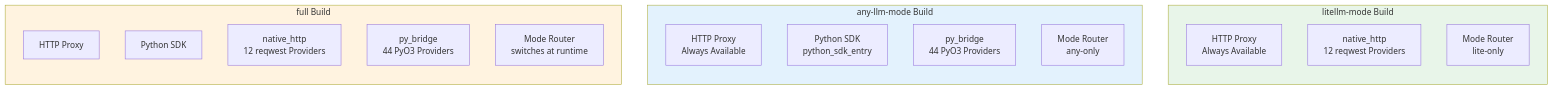
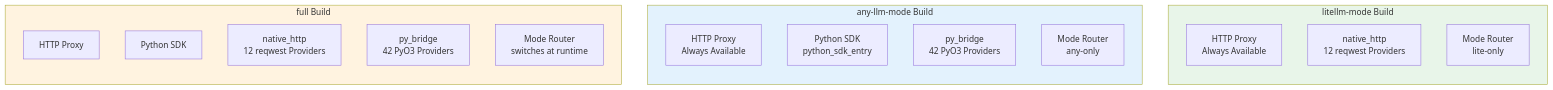
Before and after one commit to CipherOcto/cipherocto: diagram 17 of 19 in docs/architecture/quota-router-architecture.md, drawn with Mermaid. The commit also changed other lines of this file, not shown here.

````diff
--- a/docs/architecture/quota-router-architecture.md
+++ b/docs/architecture/quota-router-architecture.md
@@ -1018,29 +1038,29 @@
 ```mermaid
 graph TB
     subgraph Litellm["litellm-mode Build"]
         direction TB
         L1[HTTP Proxy<br/>Always Available]
         L2[native_http<br/>12 reqwest Providers]
         L3[Mode Router<br/>lite-only]
         style Litellm fill:#e8f5e9
     end
 
     subgraph AnyLlm["any-llm-mode Build"]
         direction TB
         A1[HTTP Proxy<br/>Always Available]
         A2[Python SDK<br/>python_sdk_entry]
-        A3[py_bridge<br/>44 PyO3 Providers]
+        A3[py_bridge<br/>42 PyO3 Providers]
         A4[Mode Router<br/>any-only]
         style AnyLlm fill:#e3f2fd
     end
 
     subgraph Full["full Build"]
         direction TB
         F1[HTTP Proxy]
         F2[Python SDK]
         F3[native_http<br/>12 reqwest Providers]
-        F4[py_bridge<br/>44 PyO3 Providers]
+        F4[py_bridge<br/>42 PyO3 Providers]
         F5[Mode Router<br/>switches at runtime]
         style Full fill:#fff3e0
     end
 ```
````
